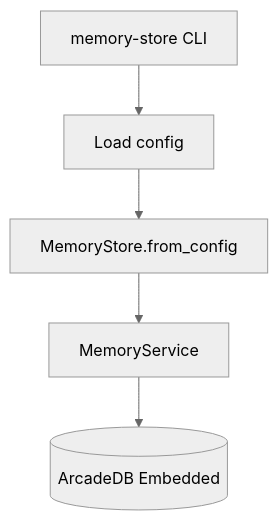
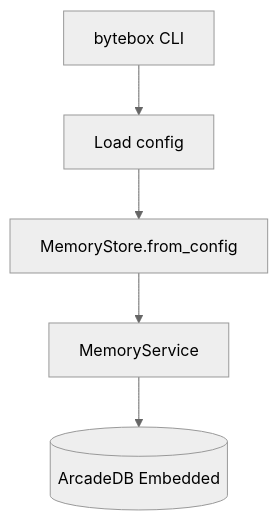
Before and after one commit to doktordub/bytebox: the tenth of 12 diagrams in docs/architecture.md, drawn with Mermaid (neutral theme). The commit also changed other lines of this file and 174 other files, not shown here.

````diff
--- a/docs/architecture.md
+++ b/docs/architecture.md
@@ -890,7 +890,7 @@
 ```mermaid
 flowchart TB
-    CLI[memory-store CLI] --> Config[Load config]
+    CLI[bytebox CLI] --> Config[Load config]
     Config --> Store[MemoryStore.from_config]
     Store --> Service[MemoryService]
     Service --> DB[(ArcadeDB Embedded)]
 ```
````
